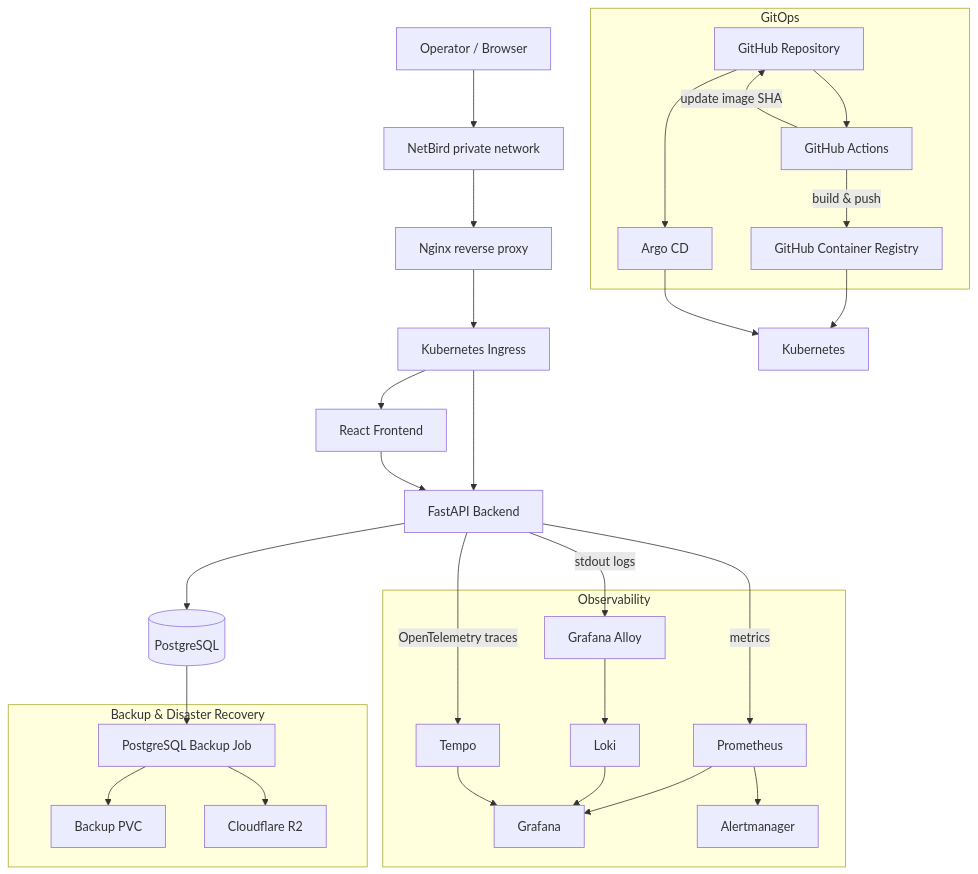
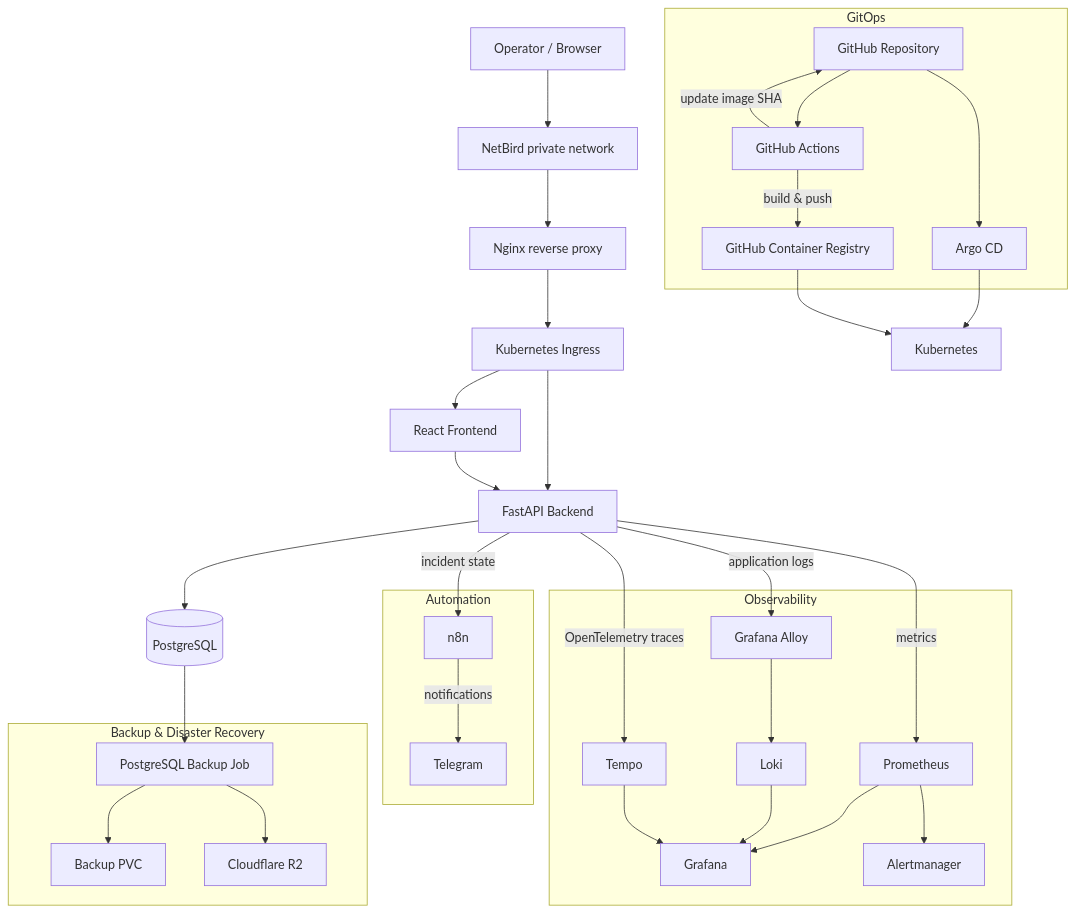
The diagram in README.md (dvdch1258/cloud-operations-center), drawn with Mermaid before and after one commit. The commit also changed other lines of this file, not shown here.

````diff
--- a/README.md
+++ b/README.md
@@ -47,58 +54,66 @@
 ```mermaid
 flowchart TB
 
     User["Operator / Browser"]
 
     User --> NetBird["NetBird private network"]
     NetBird --> Nginx["Nginx reverse proxy"]
     Nginx --> Ingress["Kubernetes Ingress"]
 
     Ingress --> Frontend["React Frontend"]
     Ingress --> Backend["FastAPI Backend"]
 
     Frontend --> Backend
     Backend --> PostgreSQL[("PostgreSQL")]
 
     subgraph Observability
         Prometheus["Prometheus"]
         Grafana["Grafana"]
         Loki["Loki"]
         Tempo["Tempo"]
         Alloy["Grafana Alloy"]
         Alertmanager["Alertmanager"]
     end
 
     Backend -->|"metrics"| Prometheus
     Backend -->|"OpenTelemetry traces"| Tempo
-    Backend -->|"stdout logs"| Alloy
+    Backend -->|"application logs"| Alloy
     Alloy --> Loki
 
     Prometheus --> Grafana
     Loki --> Grafana
     Tempo --> Grafana
     Prometheus --> Alertmanager
+
+    subgraph Automation
+        N8N["n8n"]
+        Telegram["Telegram"]
+    end
+
+    Backend -->|"incident state"| N8N
+    N8N -->|"notifications"| Telegram
 
     subgraph GitOps
         GitHub["GitHub Repository"]
         Actions["GitHub Actions"]
         GHCR["GitHub Container Registry"]
         ArgoCD["Argo CD"]
     end
 
     GitHub --> Actions
     Actions -->|"build & push"| GHCR
     Actions -->|"update image SHA"| GitHub
     GitHub --> ArgoCD
-    GHCR --> Kubernetes["Kubernetes"]
-    ArgoCD --> Kubernetes
+    ArgoCD --> Kubernetes["Kubernetes"]
+    GHCR --> Kubernetes
 
-    subgraph Disaster_Recovery["Backup & Disaster Recovery"]
+    subgraph DisasterRecovery["Backup & Disaster Recovery"]
         Backup["PostgreSQL Backup Job"]
         BackupPVC["Backup PVC"]
         R2["Cloudflare R2"]
     end
 
     PostgreSQL --> Backup
     Backup --> BackupPVC
     Backup --> R2
 ```
````
